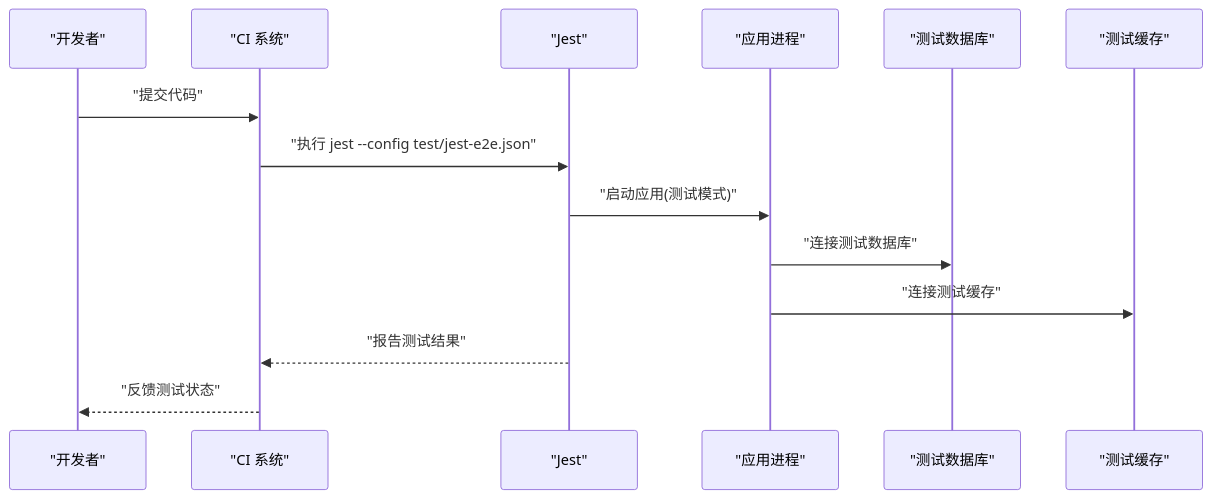
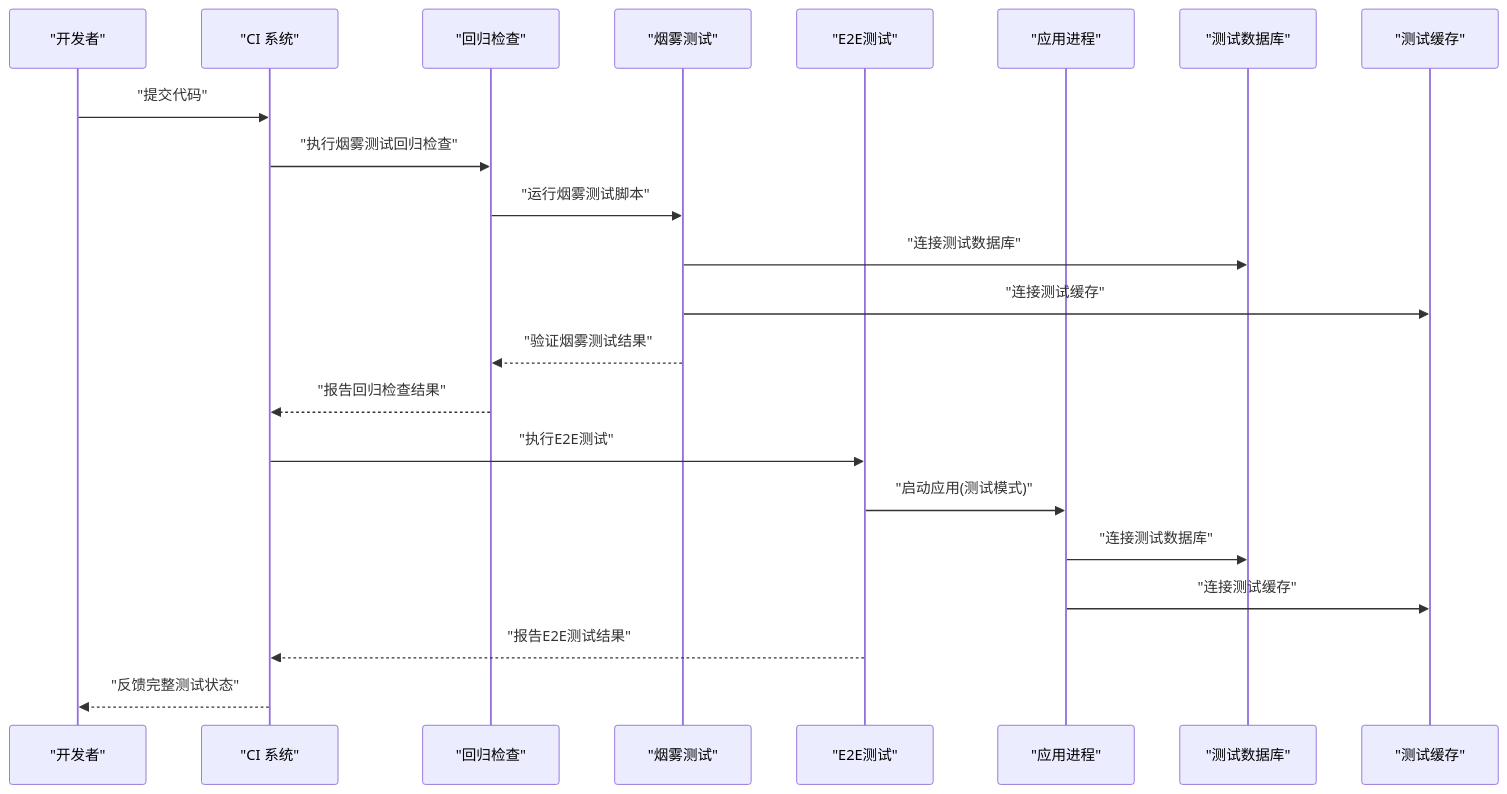
Diagram 12 of 12 in .qoder/repowiki/zh/content/测试策略/测试策略.md (rc558620/purelyprofit-server), drawn with Mermaid before and after one commit. The commit also changed other lines of this file and 26 other files, not shown here.

````diff
--- a/.qoder/repowiki/zh/content/测试策略/测试策略.md
+++ b/.qoder/repowiki/zh/content/测试策略/测试策略.md
@@ -361,16 +468,24 @@
 ```mermaid
 sequenceDiagram
 participant Dev as "开发者"
 participant CI as "CI 系统"
-participant Jest as "Jest"
+participant Regression as "回归检查"
+participant Smoke as "烟雾测试"
+participant E2E as "E2E测试"
 participant App as "应用进程"
 participant DB as "测试数据库"
 participant Cache as "测试缓存"
 Dev->>CI : "提交代码"
-CI->>Jest : "执行 jest --config test/jest-e2e.json"
-Jest->>App : "启动应用(测试模式)"
+CI->>Regression : "执行烟雾测试回归检查"
+Regression->>Smoke : "运行烟雾测试脚本"
+Smoke->>DB : "连接测试数据库"
+Smoke->>Cache : "连接测试缓存"
+Smoke-->>Regression : "验证烟雾测试结果"
+Regression-->>CI : "报告回归检查结果"
+CI->>E2E : "执行E2E测试"
+E2E->>App : "启动应用(测试模式)"
 App->>DB : "连接测试数据库"
 App->>Cache : "连接测试缓存"
-Jest-->>CI : "报告测试结果"
-CI-->>Dev : "反馈测试状态"
+E2E-->>CI : "报告E2E测试结果"
+CI-->>Dev : "反馈完整测试状态"
 ```
````
